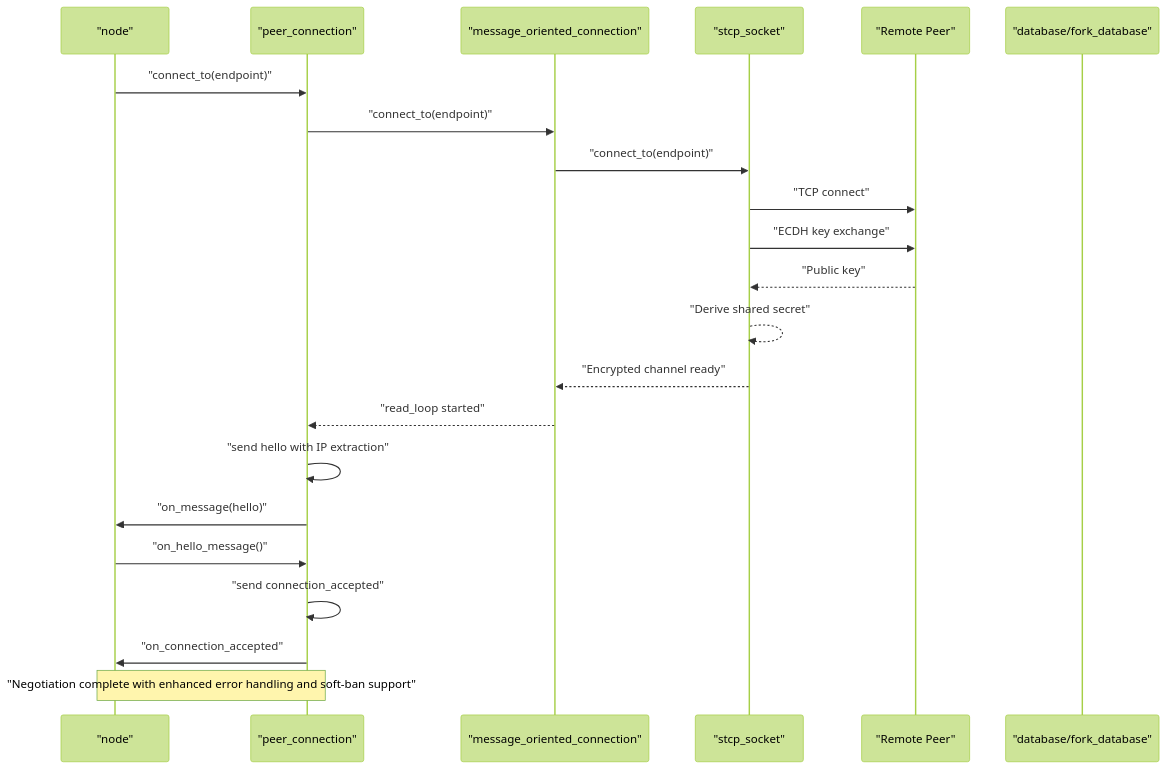
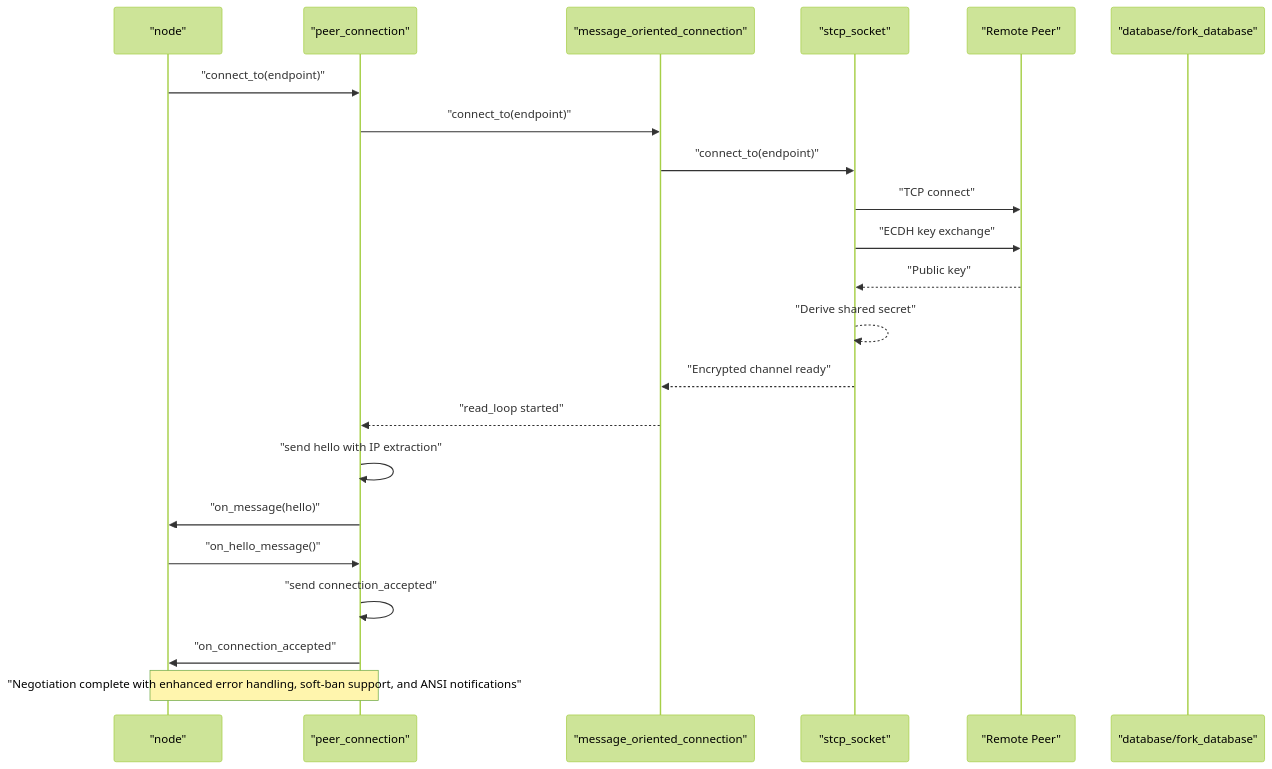
The second of 11 diagrams in .qoder/repowiki/en/content/Architecture Overview/Core Libraries/Network Library/Peer Connection Management.md (VIZ-Blockchain/viz-cpp-node), drawn with Mermaid (forest theme) before and after one commit. The commit also changed other lines of this file and 3 other files, not shown here.

````diff
--- a/.qoder/repowiki/en/content/Architecture Overview/Core Libraries/Network Library/Peer Connection Management.md
+++ b/.qoder/repowiki/en/content/Architecture Overview/Core Libraries/Network Library/Peer Connection Management.md
@@ -155,24 +160,24 @@
 ```mermaid
 sequenceDiagram
 participant Node as "node"
 participant Peer as "peer_connection"
 participant MOC as "message_oriented_connection"
 participant STCP as "stcp_socket"
 participant Remote as "Remote Peer"
 participant Chain as "database/fork_database"
 Node->>Peer : "connect_to(endpoint)"
 Peer->>MOC : "connect_to(endpoint)"
 MOC->>STCP : "connect_to(endpoint)"
 STCP->>Remote : "TCP connect"
 STCP->>Remote : "ECDH key exchange"
 Remote-->>STCP : "Public key"
 STCP-->>STCP : "Derive shared secret"
 STCP-->>MOC : "Encrypted channel ready"
 MOC-->>Peer : "read_loop started"
 Peer->>Peer : "send hello with IP extraction"
 Peer->>Node : "on_message(hello)"
 Node->>Peer : "on_hello_message()"
 Peer->>Peer : "send connection_accepted"
 Peer->>Node : "on_connection_accepted"
-Note over Peer,Node : "Negotiation complete with enhanced error handling and soft-ban support"
+Note over Peer,Node : "Negotiation complete with enhanced error handling, soft-ban support, and ANSI notifications"
 ```
````
